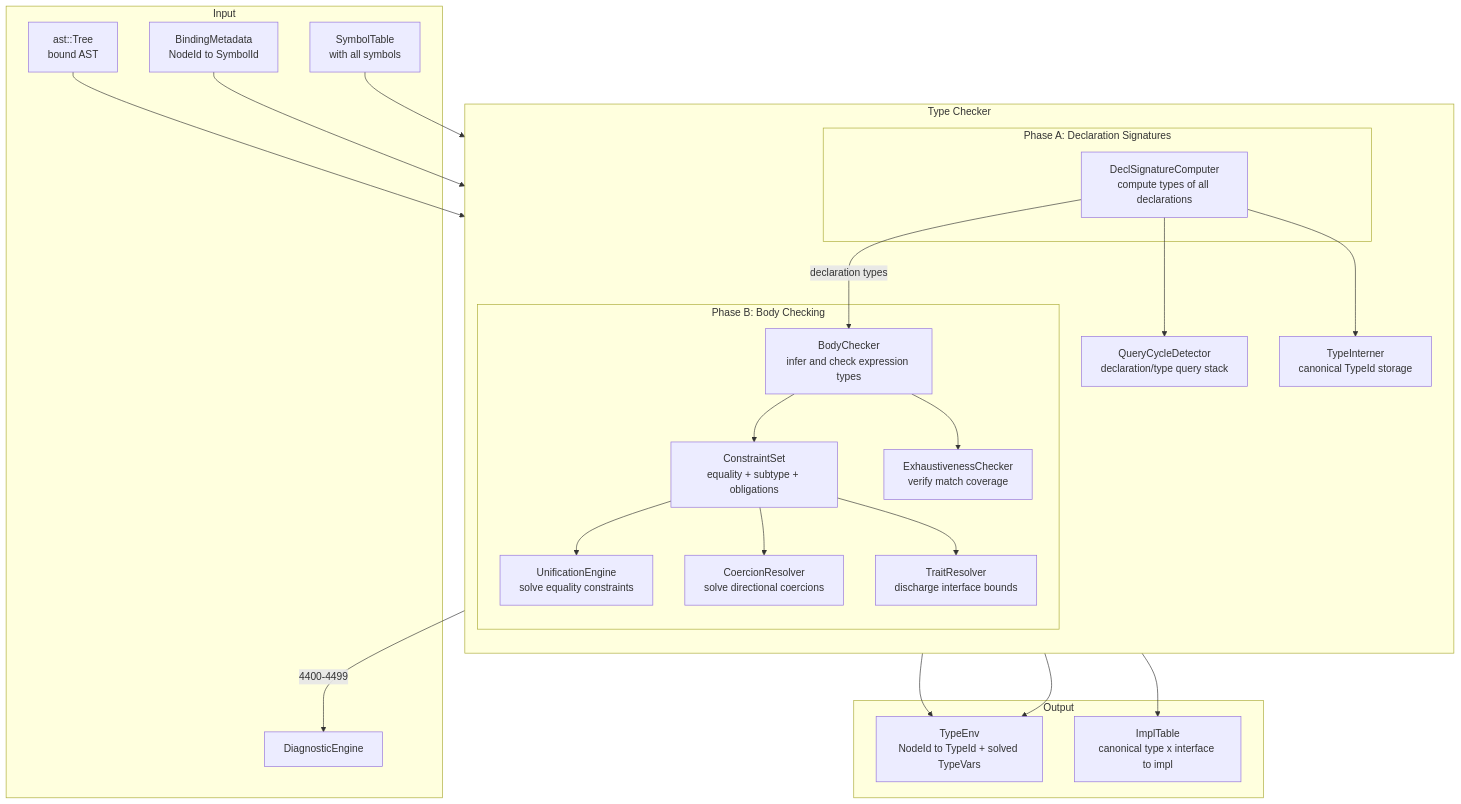
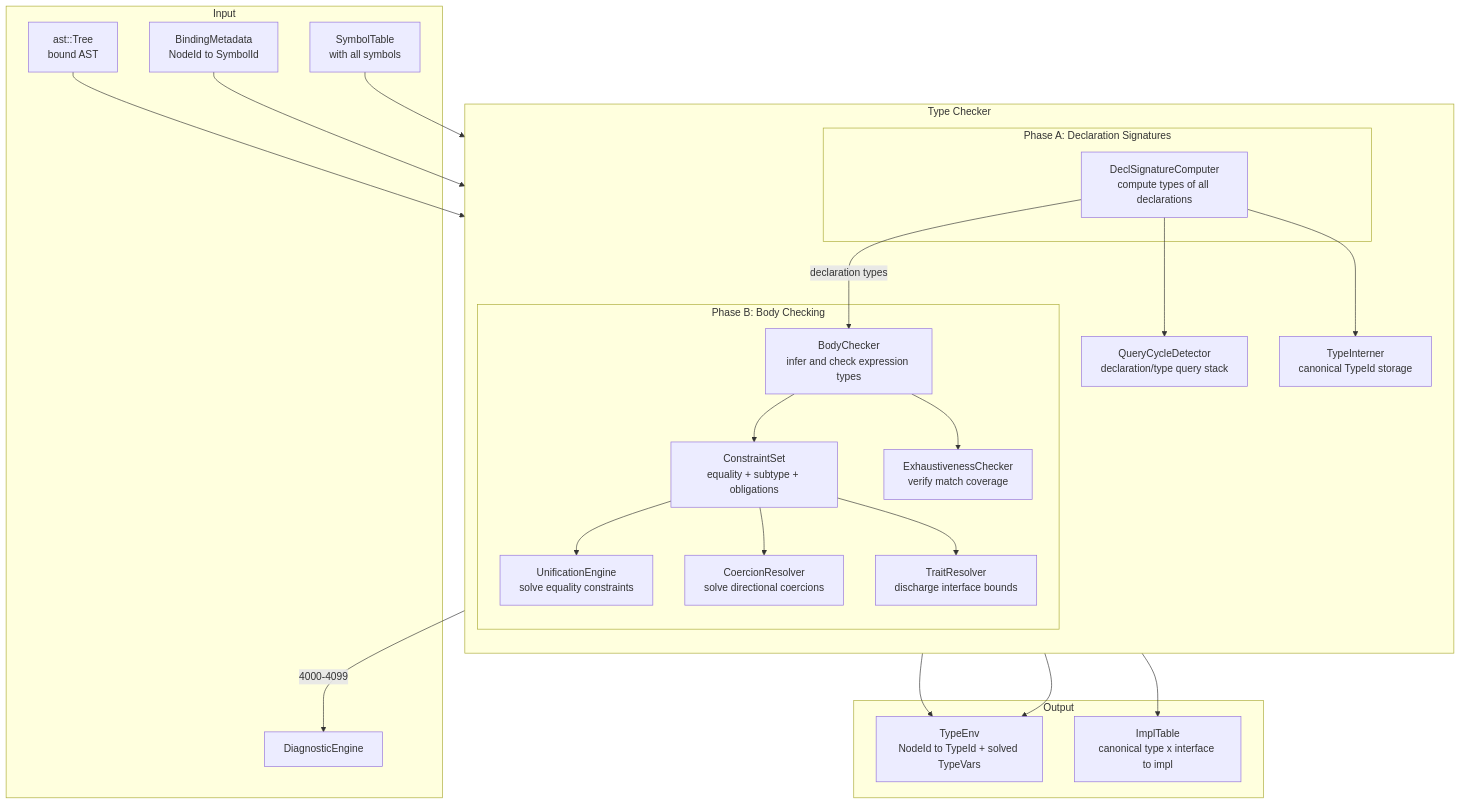
The diagram in docs/rfc/0005-type-system-architecture.md (Zzzode/ZOM), drawn with Mermaid before and after one commit. The commit also changed other lines of this file and 70 other files, not shown here.

````diff
--- a/docs/rfc/0005-type-system-architecture.md
+++ b/docs/rfc/0005-type-system-architecture.md
@@ -286,47 +286,47 @@
 ```mermaid
 flowchart TD
     subgraph "Input"
         AST[ast::Tree<br/>bound AST]
         BM[BindingMetadata<br/>NodeId to SymbolId]
         ST[SymbolTable<br/>with all symbols]
         DE[DiagnosticEngine]
     end
 
     subgraph "Type Checker"
         direction TB
         subgraph "Phase A: Declaration Signatures"
             DS[DeclSignatureComputer<br/>compute types of all declarations]
         end
         subgraph "Phase B: Body Checking"
             BC[BodyChecker<br/>infer and check expression types]
             CS[ConstraintSet<br/>equality + subtype + obligations]
             UNIFY[UnificationEngine<br/>solve equality constraints]
             COERCE[CoercionResolver<br/>solve directional coercions]
             TRAIT[TraitResolver<br/>discharge interface bounds]
             EXH[ExhaustivenessChecker<br/>verify match coverage]
         end
         TI[TypeInterner<br/>canonical TypeId storage]
         CYC[QueryCycleDetector<br/>declaration/type query stack]
     end
 
     subgraph "Output"
         TE[TypeEnv<br/>NodeId to TypeId + solved TypeVars]
         IMPL[ImplTable<br/>canonical type x interface to impl]
     end
 
     AST --> DS
     BM --> DS
     ST --> DS
     DS -->|declaration types| BC
     DS --> CYC
     DS --> TI
     BC --> CS
     CS --> UNIFY
     CS --> COERCE
     CS --> TRAIT
     BC --> EXH
     COERCE --> TE
     UNIFY --> TE
     TRAIT --> IMPL
-    BC -->|4400-4499| DE
+    BC -->|4000-4099| DE
 ```
````
